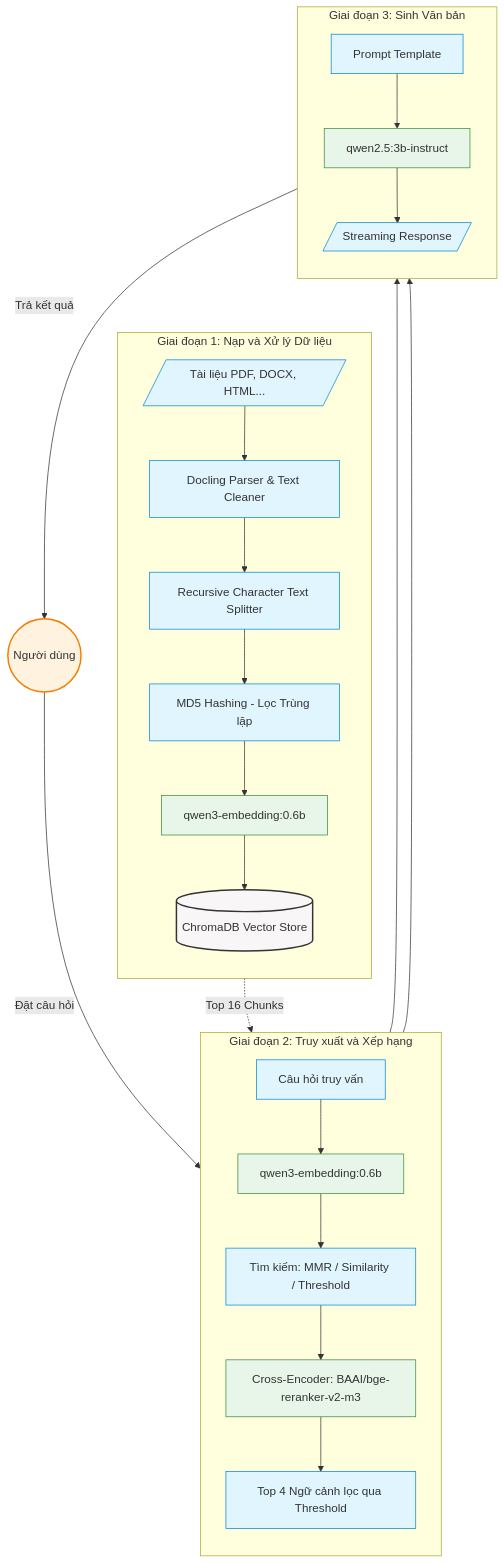
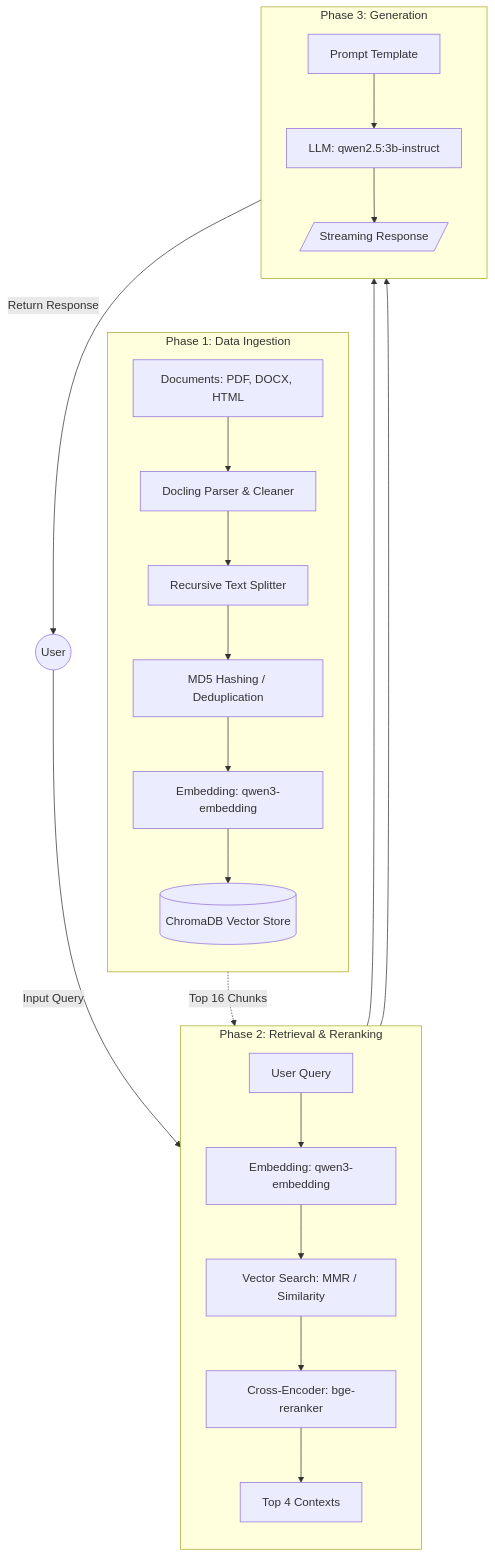
The diagram in README.md (dbaotriett/EKGA-RAG-Chatbot), drawn with Mermaid before and after one commit. The commit also changed other lines of this file, not shown here.

````diff
--- a/README.md
+++ b/README.md
@@ -15,48 +15,33 @@
 ```mermaid
-graph TD
-    classDef database fill:#f9f6f7,stroke:#333,stroke-width:2px;
-    classDef process fill:#e1f5fe,stroke:#0288d1,stroke-width:1px;
-    classDef model fill:#e8f5e9,stroke:#388e3c,stroke-width:1px;
-    classDef user fill:#fff3e0,stroke:#f57c00,stroke-width:2px;
+flowchart TD
+    User((User))
 
-    User((Người dùng)):::user
-
-    subgraph Data Ingestion [Giai đoạn 1: Nạp và Xử lý Dữ liệu]
+    subgraph Ingestion [Phase 1: Data Ingestion]
         direction TB
-        Docs[/Tài liệu PDF, DOCX, HTML.../]:::process
-        Docling[Docling Parser & Text Cleaner]:::process
-        Splitter[Recursive Character Text Splitter]:::process
-        Hash[MD5 Hashing - Lọc Trùng lặp]:::process
-        Embed1[qwen3-embedding:0.6b]:::model
-        Chroma[(ChromaDB Vector Store)]:::database
-
-        Docs --> Docling --> Splitter --> Hash --> Embed1 --> Chroma
+        Docs[Documents: PDF, DOCX, HTML] --> Parser[Docling Parser & Cleaner]
+        Parser --> Splitter[Recursive Text Splitter]
+        Splitter --> Hash[MD5 Hashing / Deduplication]
+        Hash --> Embed1[Embedding: qwen3-embedding]
+        Embed1 --> DB[(ChromaDB Vector Store)]
     end
 
-    subgraph Retrieval [Giai đoạn 2: Truy xuất và Xếp hạng]
+    subgraph Retrieval [Phase 2: Retrieval & Reranking]
         direction TB
-        Query[Câu hỏi truy vấn]:::process
-        Embed2[qwen3-embedding:0.6b]:::model
-        Search[Tìm kiếm: MMR / Similarity / Threshold]:::process
-        Reranker[Cross-Encoder: BAAI/bge-reranker-v2-m3]:::model
-        Context[Top 4 Ngữ cảnh lọc qua Threshold]:::process
-
-        Query --> Embed2 --> Search
-        Chroma -. Top 16 Chunks .-> Search
-        Search --> Reranker --> Context
+        InputQuery[User Query] --> Embed2[Embedding: qwen3-embedding]
+        Embed2 --> Search[Vector Search: MMR / Similarity]
+        DB -.->|Top 16 Chunks| Search
+        Search --> Reranker[Cross-Encoder: bge-reranker]
+        Reranker --> Context[Top 4 Contexts]
     end
 
-    subgraph Generation [Giai đoạn 3: Sinh Văn bản]
+    subgraph Generation [Phase 3: Generation]
         direction TB
-        Prompt[Prompt Template]:::process
-        LLM[qwen2.5:3b-instruct]:::model
-        Output[/Streaming Response/]:::process
-
-        Context --> Prompt
-        Query --> Prompt
-        Prompt --> LLM --> Output
+        Context --> Prompt[Prompt Template]
+        InputQuery --> Prompt
+        Prompt --> LLM[LLM: qwen2.5:3b-instruct]
+        LLM --> Output[/Streaming Response/]
     end
 
-    User -- "Đặt câu hỏi" --> Query
-    Output -- "Trả kết quả" --> User
+    User -->|Input Query| InputQuery
+    Output -->|Return Response| User
 ```
````
